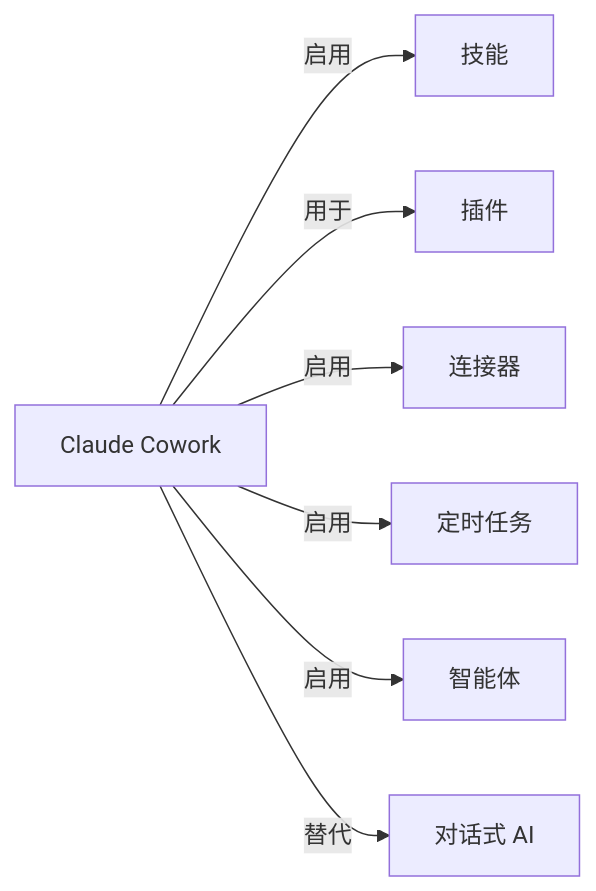
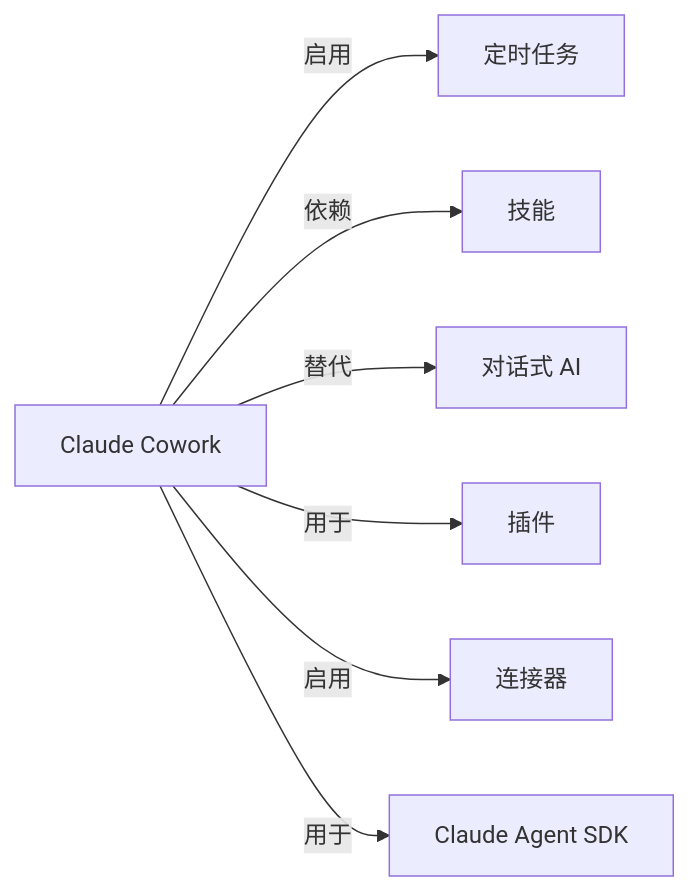
One commit to yibie/claude-best-practices-zh changed the diagram in wiki/Claude-Cowork.md. Above: the diagram before and after it, drawn with Mermaid. The commit also changed other lines of this file and 407 other files, not shown here.

Commit message:
feat: DeepSeek 三遍审校（译文/关系/图谱）+ 可部署静态站点

````diff
--- a/wiki/Claude-Cowork.md
+++ b/wiki/Claude-Cowork.md
@@ -48,10 +51,10 @@
 ```mermaid
 graph LR
   C["Claude Cowork"]
-  C -->|启用| N0["技能"]
-  C -->|用于| N1["插件"]
-  C -->|启用| N2["连接器"]
-  C -->|启用| N3["定时任务"]
-  C -->|启用| N4["智能体"]
-  C -->|替代| N5["对话式 AI"]
+  C -->|启用| N0["定时任务"]
+  C -->|依赖| N1["技能"]
+  C -->|替代| N2["对话式 AI"]
+  C -->|用于| N3["插件"]
+  C -->|启用| N4["连接器"]
+  C -->|用于| N5["Claude Agent SDK"]
 ```
````
